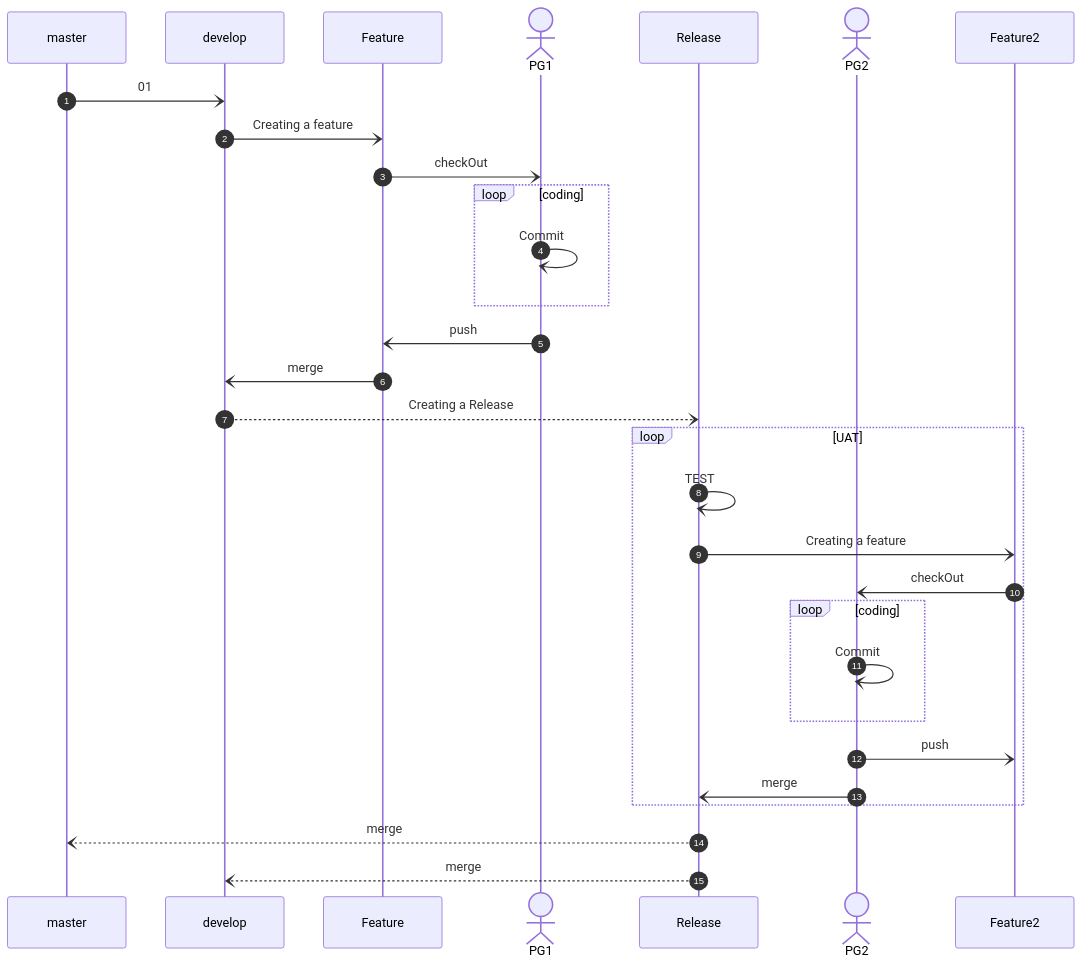
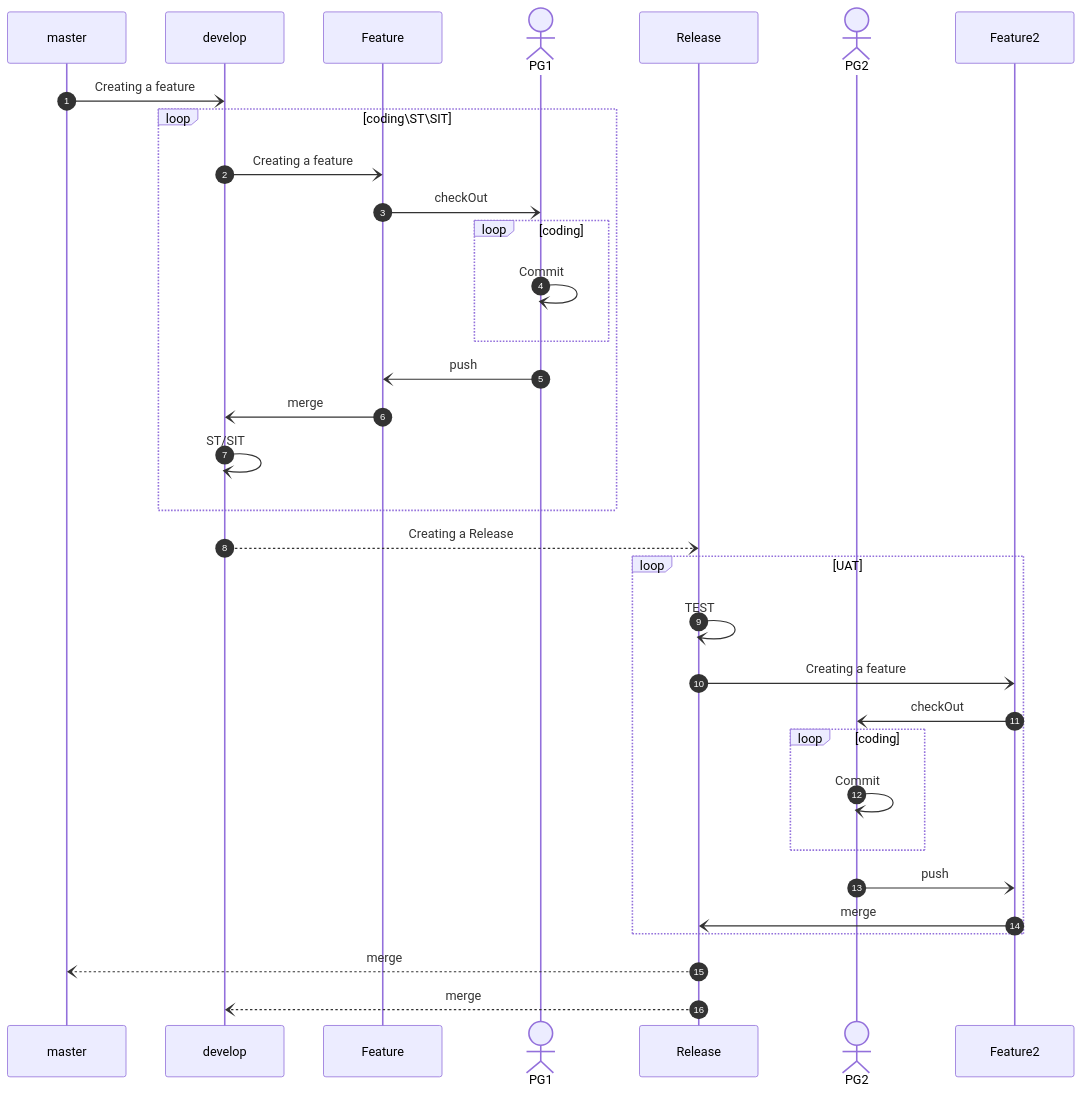
The diagram in branching-strategy/A_successful_Git_branching_model.md (robbin0919/GITLAB), drawn with Mermaid before and after one commit. The commit also changed other lines of this file, not shown here.

````diff
--- a/branching-strategy/A_successful_Git_branching_model.md
+++ b/branching-strategy/A_successful_Git_branching_model.md
@@ -9,30 +9,33 @@
 ```mermaid
  sequenceDiagram
     autonumber
 
-    master-) develop:01
+    master-) develop:Creating a feature
+     loop coding\ST\SIT
     develop-)Feature: Creating a feature  
     actor PG1
     Feature -)PG1: checkOut
     loop coding
     PG1 -)PG1: Commit
     end
     PG1 -) Feature:push 
-    Feature -)develop: merge     
+    Feature -)develop: merge
+    develop-)develop: ST/SIT  
+    end     
     develop--)Release: Creating a Release
    loop UAT 
     Release -)Release: TEST
 
     actor PG2
     Release-)Feature2: Creating a feature  
     Feature2 -)PG2: checkOut
     loop coding
     PG2 -)PG2: Commit
     end
     PG2 -) Feature2:push 
-    PG2 -) Release:merge 
+    Feature2 -) Release:merge 
     end
     Release --)master: merge
     Release --)develop: merge
    
 ``` 
````
